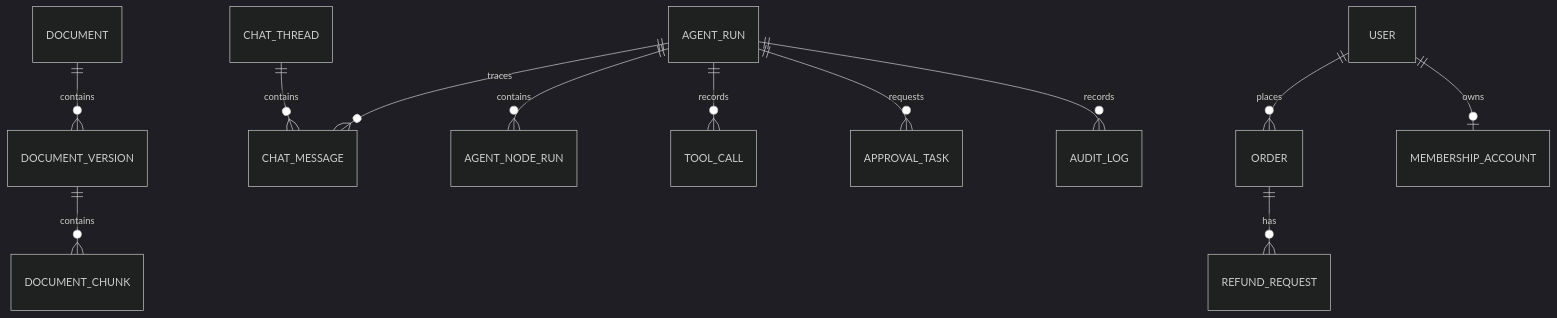
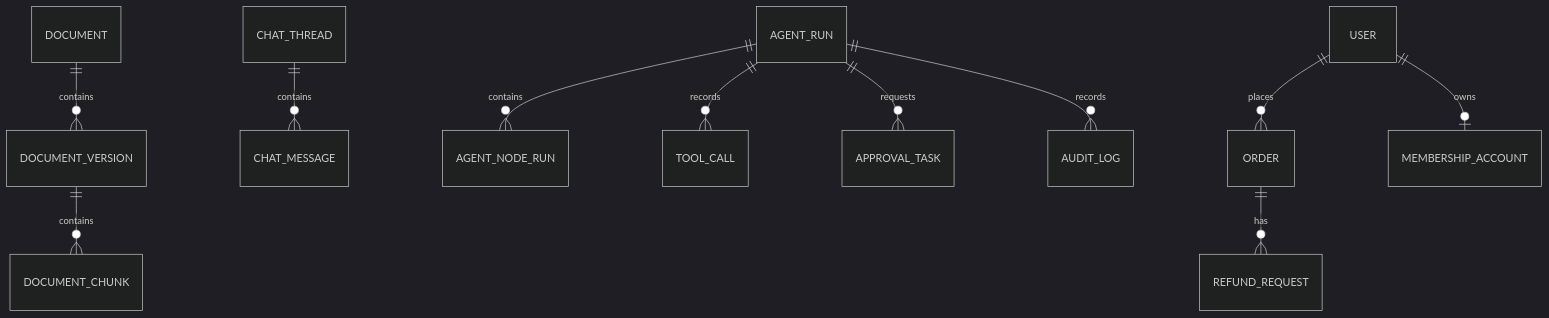
Before and after one commit to BennuRa/living-rag: the third of 3 diagrams in README.md, drawn with Mermaid (dark theme). The commit also changed other lines of this file and 19 other files, not shown here.

````diff
--- a/README.md
+++ b/README.md
@@ -98,14 +210,13 @@
 ```mermaid
 erDiagram
     DOCUMENT ||--o{ DOCUMENT_VERSION : contains
     DOCUMENT_VERSION ||--o{ DOCUMENT_CHUNK : contains
     CHAT_THREAD ||--o{ CHAT_MESSAGE : contains
     AGENT_RUN ||--o{ AGENT_NODE_RUN : contains
     AGENT_RUN ||--o{ TOOL_CALL : records
-    AGENT_RUN ||--o{ CHAT_MESSAGE : traces
     AGENT_RUN ||--o{ APPROVAL_TASK : requests
     AGENT_RUN ||--o{ AUDIT_LOG : records
     USER ||--o{ ORDER : places
     USER ||--o| MEMBERSHIP_ACCOUNT : owns
     ORDER ||--o{ REFUND_REQUEST : has
 ```
````
